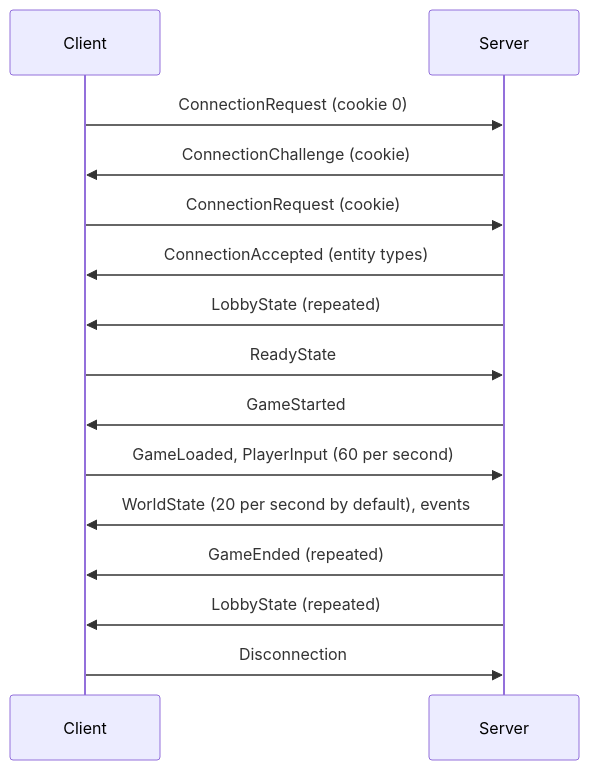
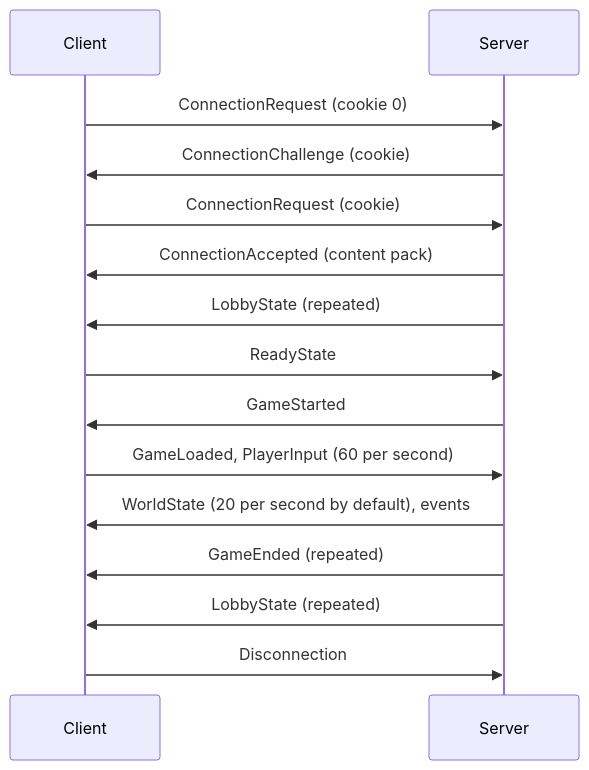
One commit to nique-epi/R-Type changed the diagram in docs/src/content/docs/protocol.mdx. Above: the diagram before and after it, drawn with Mermaid. The commit also changed other lines of this file and 12 other files, not shown here.

````diff
--- a/docs/src/content/docs/protocol.mdx
+++ b/docs/src/content/docs/protocol.mdx
@@ -440,19 +474,19 @@
 ```mermaid
 sequenceDiagram
   accTitle: Messages of one session
   accDescr: The client asks to connect, receives a challenge, asks again with the cookie and is accepted. The server repeats the lobby state until every player is ready, then starts the game. During the game the client sends its inputs and the server sends world states and events. When the game ends, by a victory or because no player has a life left, the server repeats the end of the game, then the lobby state again.
   participant C as Client
   participant S as Server
   C->>S: ConnectionRequest (cookie 0)
   S->>C: ConnectionChallenge (cookie)
   C->>S: ConnectionRequest (cookie)
-  S->>C: ConnectionAccepted (entity types)
+  S->>C: ConnectionAccepted (content pack)
   S->>C: LobbyState (repeated)
   C->>S: ReadyState
   S->>C: GameStarted
   C->>S: GameLoaded, PlayerInput (60 per second)
   S->>C: WorldState (20 per second by default), events
   S->>C: GameEnded (repeated)
   S->>C: LobbyState (repeated)
   C->>S: Disconnection
 ```
````
